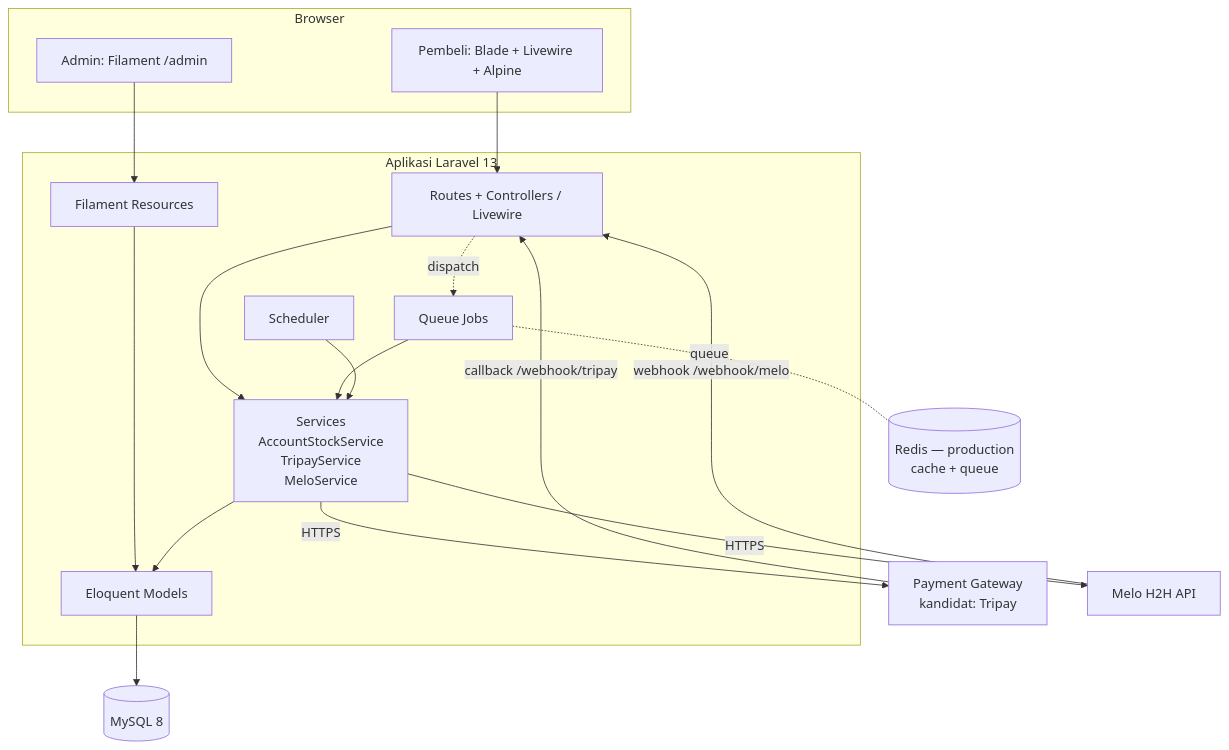
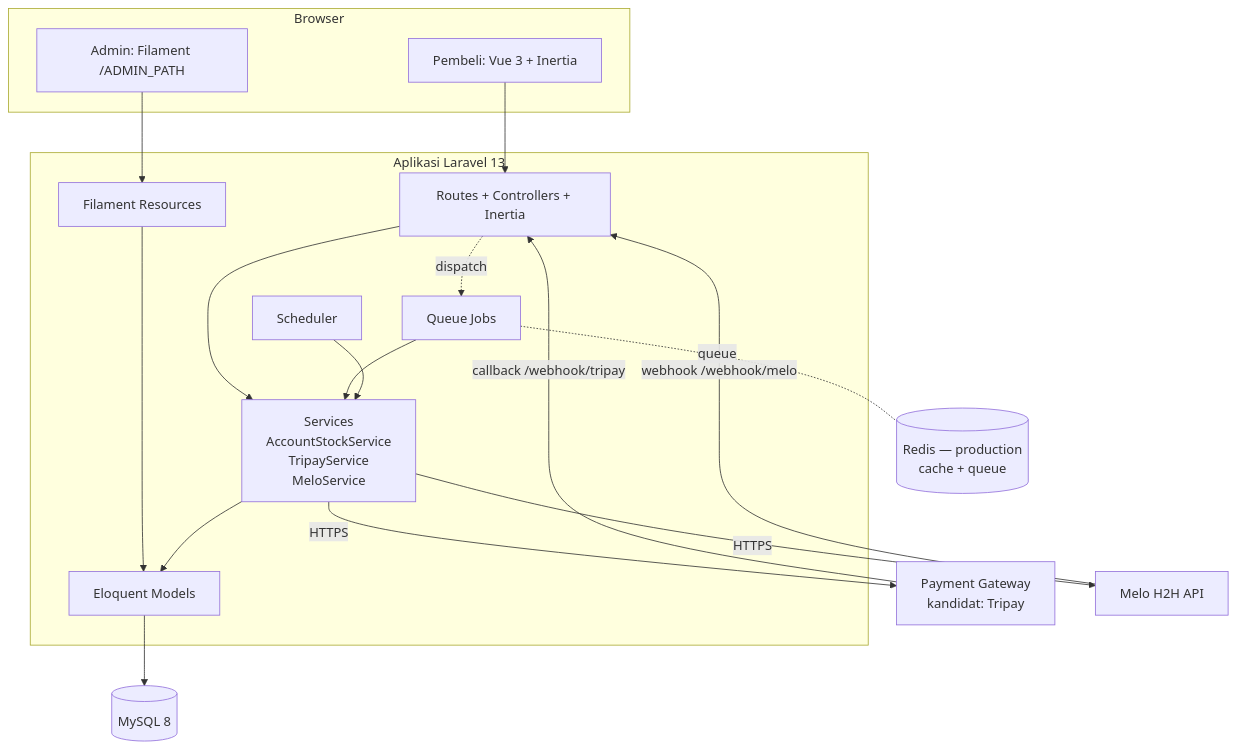
Before and after one commit to ilhamfajarandika/zeth-market: the diagram in docs/SYSTEM_ARCHITECTURE.md, drawn with Mermaid. The commit also changed other lines of this file and 1941 other files, not shown here.

````diff
--- a/docs/SYSTEM_ARCHITECTURE.md
+++ b/docs/SYSTEM_ARCHITECTURE.md
@@ -7,34 +7,34 @@
 ```mermaid
 flowchart TB
     subgraph Browser
-        U[Pembeli: Blade + Livewire + Alpine]
-        A[Admin: Filament /admin]
+        U[Pembeli: Vue 3 + Inertia]
+        A[Admin: Filament /ADMIN_PATH]
     end
     subgraph Laravel["Aplikasi Laravel 13"]
-        R[Routes + Controllers / Livewire]
+        R[Routes + Controllers + Inertia]
         F[Filament Resources]
         SV[Services<br/>AccountStockService<br/>TripayService<br/>MeloService]
         J[Queue Jobs]
         SC[Scheduler]
         M[Eloquent Models]
     end
     DB[(MySQL 8)]
     RD[(Redis — production<br/>cache + queue)]
     PG[Payment Gateway<br/>kandidat: Tripay]
     DF[Melo H2H API]
 
     U --> R
     A --> F
     R --> SV
     F --> M
     SV --> M
     M --> DB
     J --> SV
     SC --> SV
     R -. dispatch .-> J
     J -. queue .- RD
     SV -->|HTTPS| PG
     SV -->|HTTPS| DF
     PG -->|callback /webhook/tripay| R
     DF -->|webhook /webhook/melo| R
 ```
````
